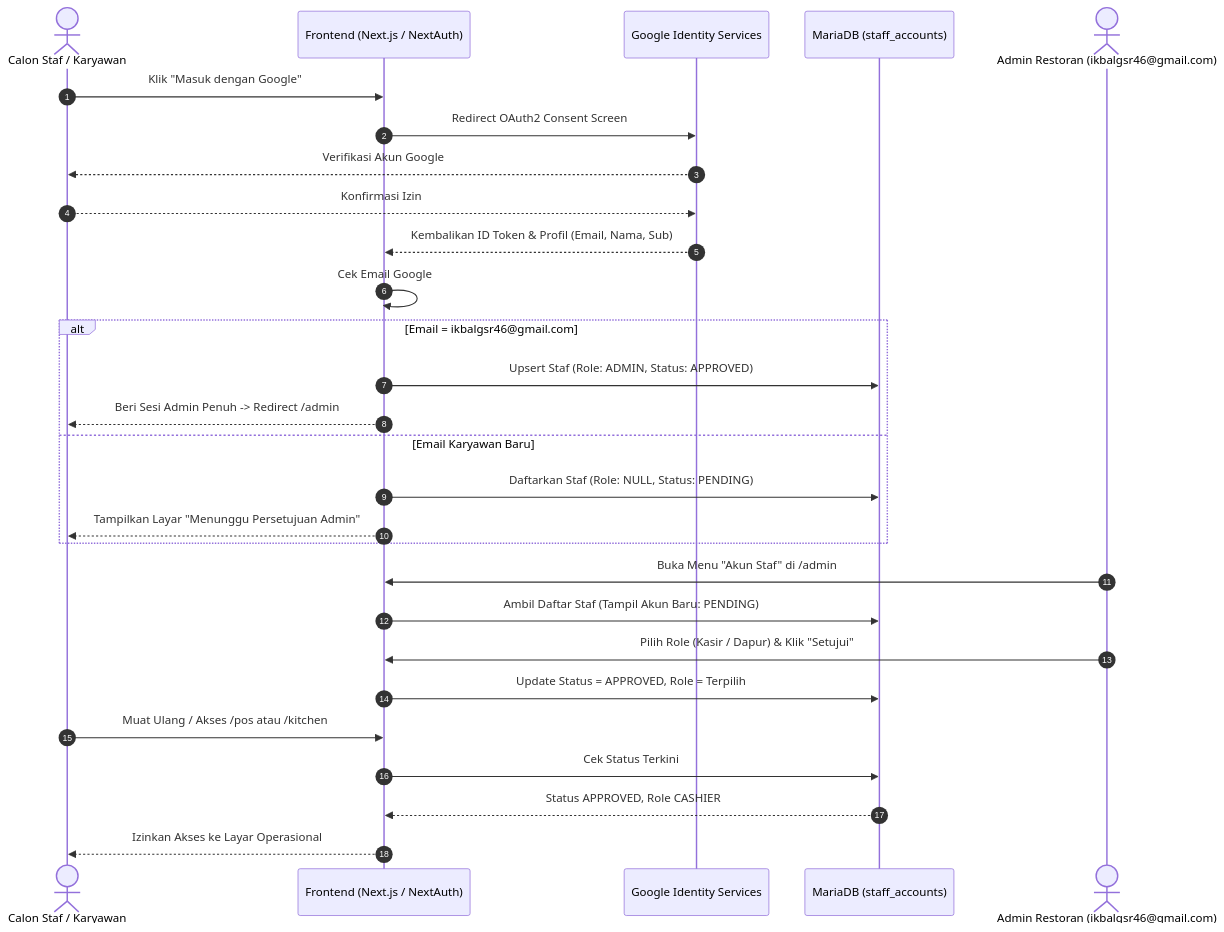
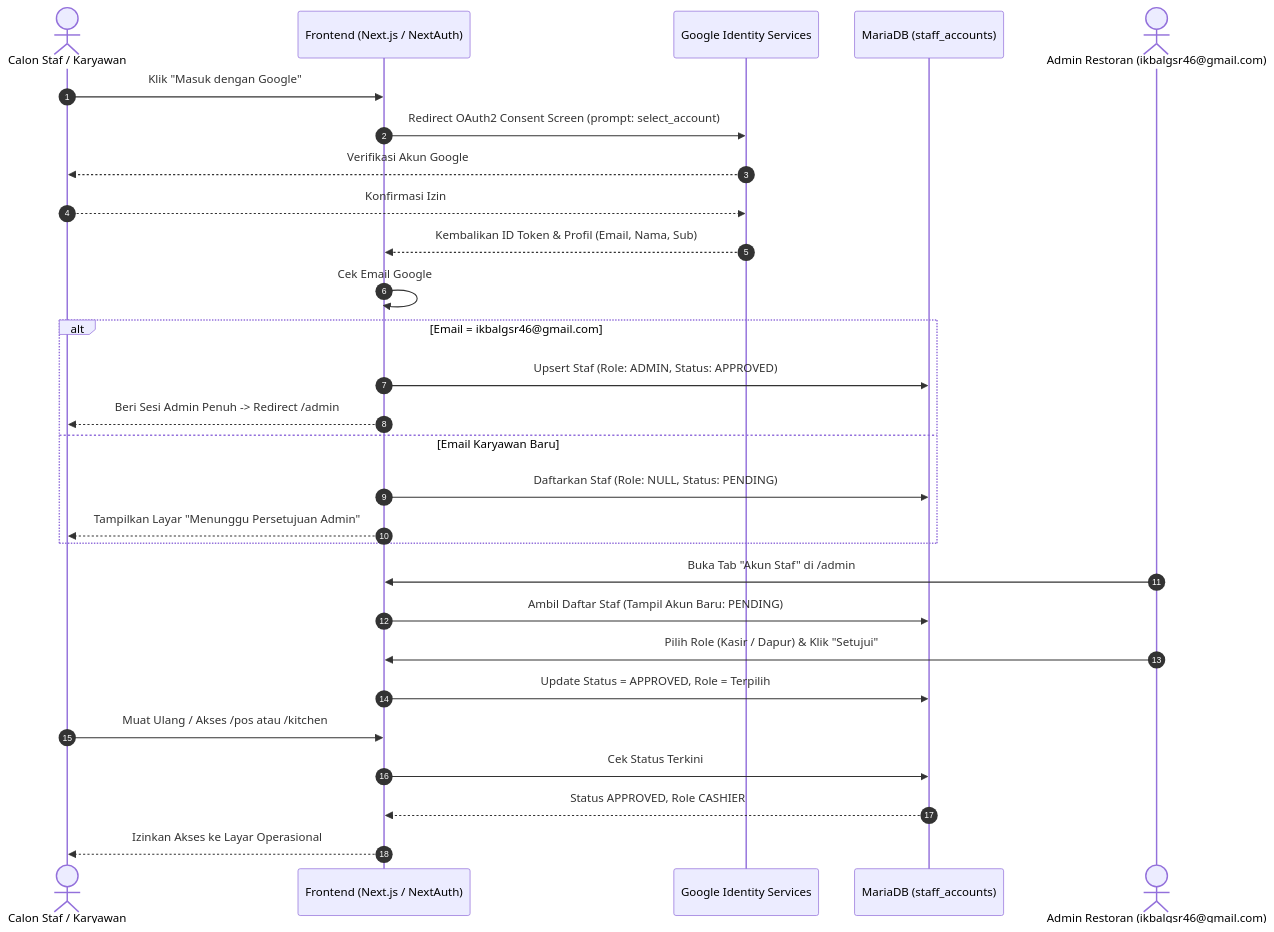
One commit to iqbalgsr46/SISTEM_POS_WEB_RESTORAN changed the third of 4 diagrams in docs/FLOWCHART.md. Above: the diagram before and after it, drawn with Mermaid. The commit also changed other lines of this file and 3 other files, not shown here.

Commit message:
docs: sinkronisasi komprehensif README, Master Flowchart ISO 5807, dan arsitektur sistem terkini

````diff
--- a/docs/FLOWCHART.md
+++ b/docs/FLOWCHART.md
@@ -114,34 +144,34 @@
 ```mermaid
 sequenceDiagram
     autonumber
     actor Staff as Calon Staf / Karyawan
     participant NextJS as Frontend (Next.js / NextAuth)
     participant Google as Google Identity Services
     participant DB as MariaDB (staff_accounts)
     actor Admin as Admin Restoran (ikbalgsr46@gmail.com)
 
     Staff->>NextJS: Klik "Masuk dengan Google"
-    NextJS->>Google: Redirect OAuth2 Consent Screen
+    NextJS->>Google: Redirect OAuth2 Consent Screen (prompt: select_account)
     Google-->>Staff: Verifikasi Akun Google
     Staff-->>Google: Konfirmasi Izin
     Google-->>NextJS: Kembalikan ID Token & Profil (Email, Nama, Sub)
     
     NextJS->>NextJS: Cek Email Google
     alt Email = ikbalgsr46@gmail.com
         NextJS->>DB: Upsert Staf (Role: ADMIN, Status: APPROVED)
         NextJS-->>Staff: Beri Sesi Admin Penuh -> Redirect /admin
     else Email Karyawan Baru
         NextJS->>DB: Daftarkan Staf (Role: NULL, Status: PENDING)
         NextJS-->>Staff: Tampilkan Layar "Menunggu Persetujuan Admin"
     end
 
-    Admin->>NextJS: Buka Menu "Akun Staf" di /admin
+    Admin->>NextJS: Buka Tab "Akun Staf" di /admin
     NextJS->>DB: Ambil Daftar Staf (Tampil Akun Baru: PENDING)
     Admin->>NextJS: Pilih Role (Kasir / Dapur) & Klik "Setujui"
     NextJS->>DB: Update Status = APPROVED, Role = Terpilih
     
     Staff->>NextJS: Muat Ulang / Akses /pos atau /kitchen
     NextJS->>DB: Cek Status Terkini
     DB-->>NextJS: Status APPROVED, Role CASHIER
     NextJS-->>Staff: Izinkan Akses ke Layar Operasional
 ```
````
